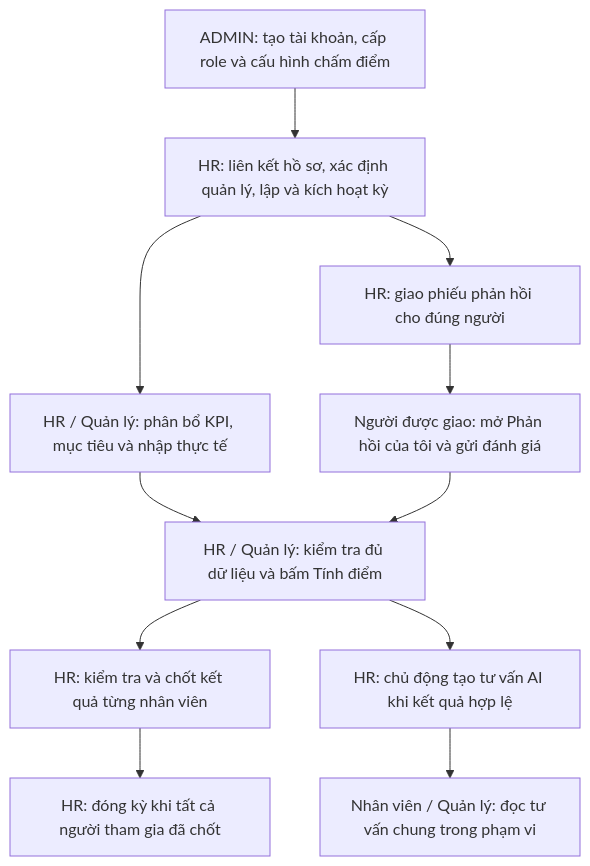
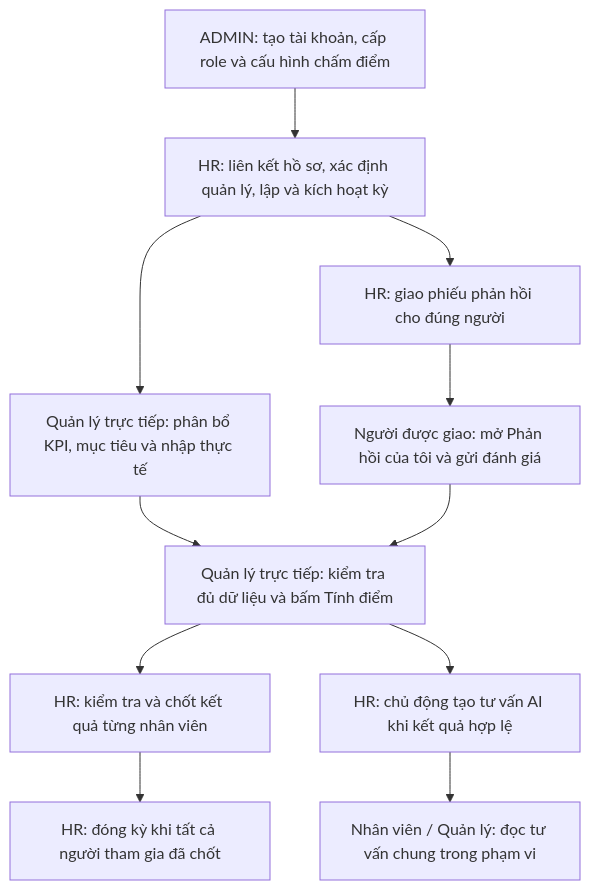
Before and after one commit to Tich-ne1625/HRM-AI-PRO: the diagram in docs/vai-tro-va-quy-trinh.vi.md, drawn with Mermaid. The commit also changed other lines of this file and 64 other files, not shown here.

````diff
--- a/docs/vai-tro-va-quy-trinh.vi.md
+++ b/docs/vai-tro-va-quy-trinh.vi.md
@@ -15,13 +15,13 @@
 ```mermaid
 flowchart TD
     A["ADMIN: tạo tài khoản, cấp role và cấu hình chấm điểm"] --> B["HR: liên kết hồ sơ, xác định quản lý, lập và kích hoạt kỳ"]
-    B --> C["HR / Quản lý: phân bổ KPI, mục tiêu và nhập thực tế"]
+    B --> C["Quản lý trực tiếp: phân bổ KPI, mục tiêu và nhập thực tế"]
     B --> D["HR: giao phiếu phản hồi cho đúng người"]
     D --> E["Người được giao: mở Phản hồi của tôi và gửi đánh giá"]
-    C --> F["HR / Quản lý: kiểm tra đủ dữ liệu và bấm Tính điểm"]
+    C --> F["Quản lý trực tiếp: kiểm tra đủ dữ liệu và bấm Tính điểm"]
     E --> F
     F --> G["HR: kiểm tra và chốt kết quả từng nhân viên"]
     G --> H["HR: đóng kỳ khi tất cả người tham gia đã chốt"]
     F --> I["HR: chủ động tạo tư vấn AI khi kết quả hợp lệ"]
     I --> J["Nhân viên / Quản lý: đọc tư vấn chung trong phạm vi"]
 ```
````
